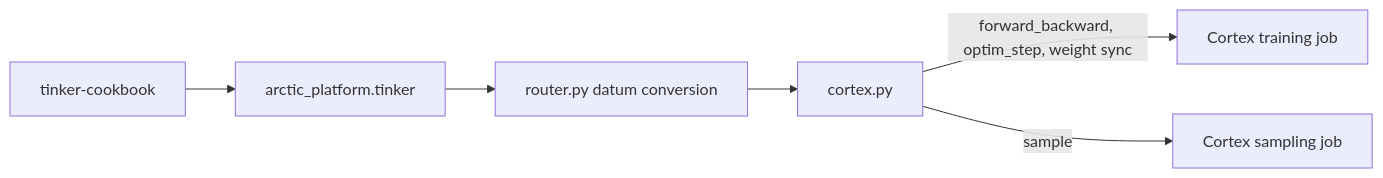
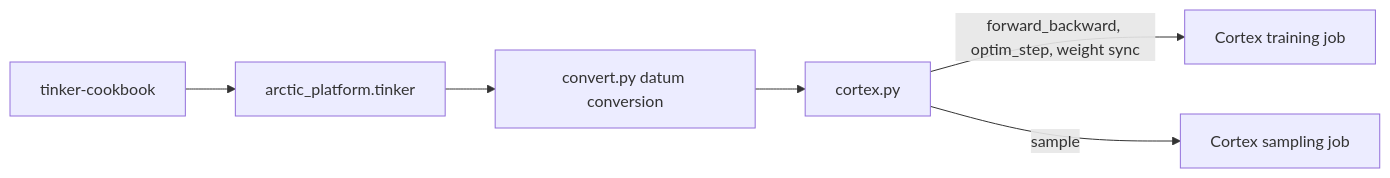
Before and after one commit to Snowflake-AI-Research/Arctic-Platform: the first of 2 diagrams in arctic_platform/integrations/tinker/README.md, drawn with Mermaid. The commit also changed other lines of this file and 9 other files, not shown here.

First line of the commit message:
refactor(tinker): name job setup and datum conversion for what they do

````diff
--- a/arctic_platform/integrations/tinker/README.md
+++ b/arctic_platform/integrations/tinker/README.md
@@ -25,8 +26,8 @@
 ```mermaid
 flowchart LR
   cookbook["tinker-cookbook"] --> client["arctic_platform.tinker"]
-  client --> router["router.py datum conversion"]
-  router --> cortex["cortex.py"]
+  client --> convert["convert.py datum conversion"]
+  convert --> cortex["cortex.py"]
   cortex -->|"forward_backward, optim_step, weight sync"| train["Cortex training job"]
   cortex -->|"sample"| sample["Cortex sampling job"]
 ```
````
